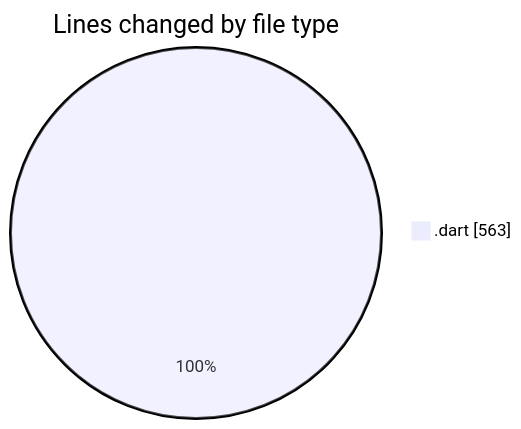
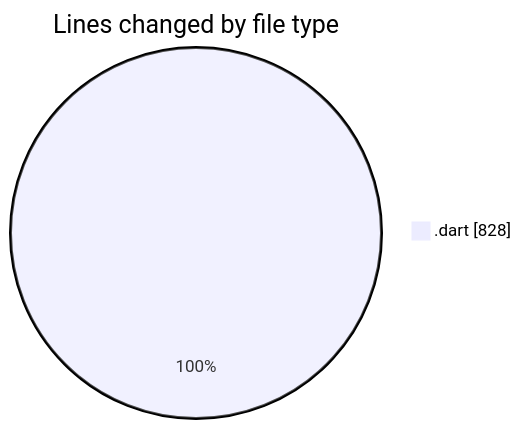
One commit to donsfak/code-tracking changed the first of 2 diagrams in 2025-01-15/trackers_app/README.md. Above: the diagram before and after it, drawn with Mermaid. The commit also changed other lines of this file and 1 other file, not shown here.

````diff
--- a/2025-01-15/trackers_app/README.md
+++ b/2025-01-15/trackers_app/README.md
@@ -23,5 +24,5 @@
 ```mermaid
 pie showData
 title Lines changed by file type
-".dart" : 563
+".dart" : 828
 ```
````
